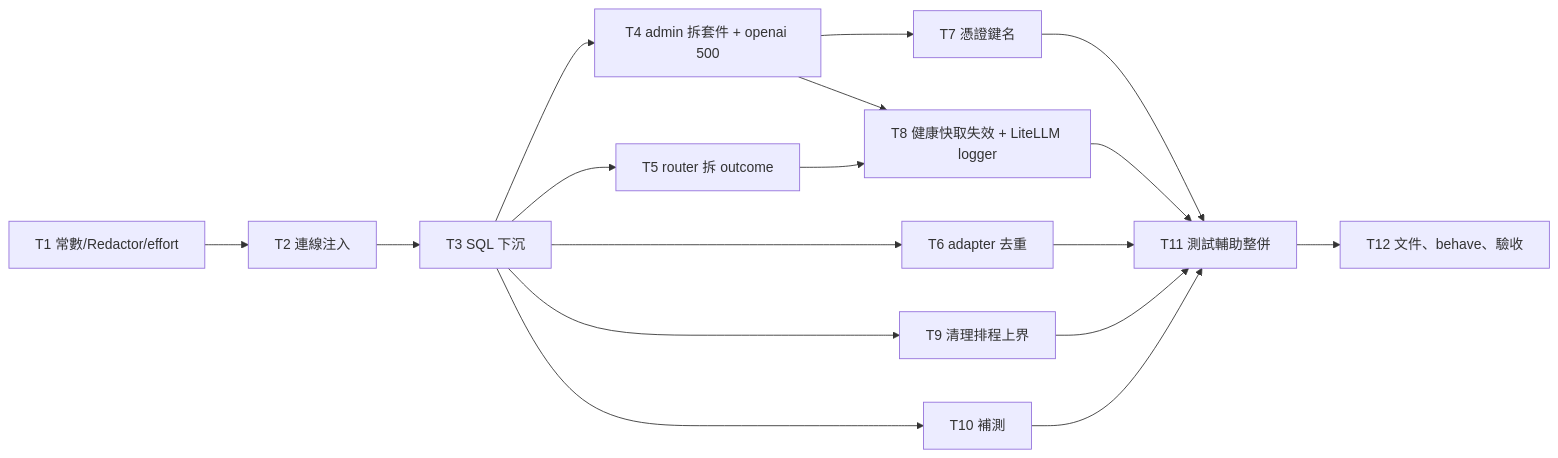
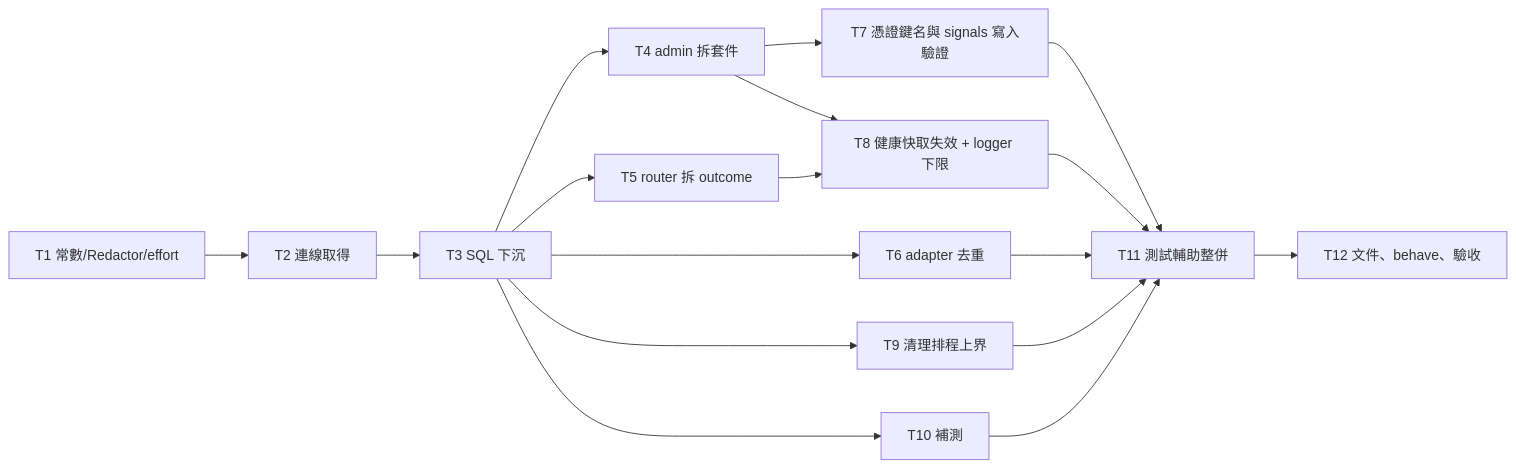
Before and after one commit to kamira/spillway: the third of 3 diagrams in sdlc_docs/changes/CHG-20261101-02.md, drawn with Mermaid. The commit also changed other lines of this file and 1 other file, not shown here.

````diff
--- a/sdlc_docs/changes/CHG-20261101-02.md
+++ b/sdlc_docs/changes/CHG-20261101-02.md
@@ -104,15 +109,15 @@
 ```mermaid
 flowchart LR
-  T1[T1 常數/Redactor/effort] --> T2[T2 連線注入]
+  T1[T1 常數/Redactor/effort] --> T2[T2 連線取得]
   T2 --> T3[T3 SQL 下沉]
-  T3 --> T4[T4 admin 拆套件 + openai 500]
+  T3 --> T4[T4 admin 拆套件]
   T3 --> T5[T5 router 拆 outcome]
   T3 --> T6[T6 adapter 去重]
-  T4 --> T7[T7 憑證鍵名]
-  T4 --> T8[T8 健康快取失效 + LiteLLM logger]
+  T4 --> T7[T7 憑證鍵名與 signals 寫入驗證]
+  T4 --> T8[T8 健康快取失效 + logger 下限]
   T5 --> T8
   T3 --> T9[T9 清理排程上界]
   T3 --> T10[T10 補測]
   T7 & T8 & T6 & T9 & T10 --> T11[T11 測試輔助整併]
   T11 --> T12[T12 文件、behave、驗收]
 ```
````
